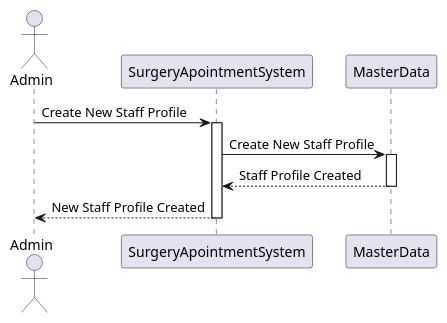
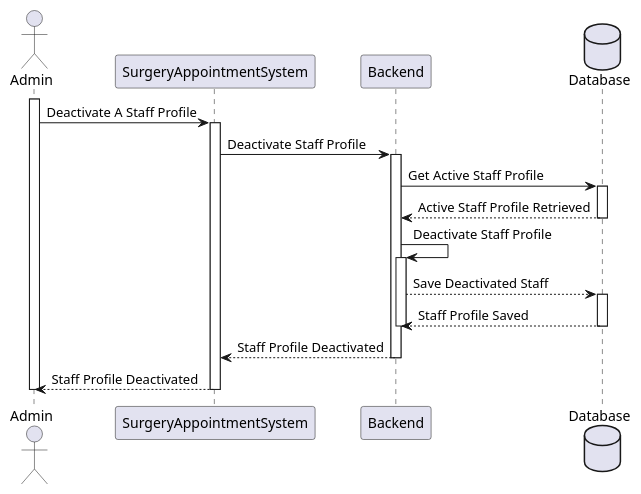
The diagram in docs/Sprint 1/US 5.1.14/SequenceDiagram/Level2/SequenceDiagram.puml (MateusCabral2004/sem5pi), drawn with PlantUML before and after one commit. The commit also changed 2 other files, not shown here.

Commit message:
#14 SequenceDiagram Level1,2,3

```diff
--- a/docs/Sprint 1/US 5.1.14/SequenceDiagram/Level2/SequenceDiagram.puml
+++ b/docs/Sprint 1/US 5.1.14/SequenceDiagram/Level2/SequenceDiagram.puml
@@ -1,19 +1,39 @@
 @startuml
 actor Admin
-participant SurgeryApointmentSystem
-participant MasterData
+participant SurgeryAppointmentSystem
+participant Backend
+database Database
 
+activate Admin
 
-Admin -> SurgeryApointmentSystem : Create New Staff Profile
-activate SurgeryApointmentSystem
+Admin -> SurgeryAppointmentSystem : Deactivate A Staff Profile
+activate SurgeryAppointmentSystem
 
-SurgeryApointmentSystem -> MasterData : Create New Staff Profile
-activate MasterData
+SurgeryAppointmentSystem -> Backend : Deactivate Staff Profile
+activate Backend
 
-MasterData --> SurgeryApointmentSystem : Staff Profile Created
-deactivate MasterData
+Backend -> Database : Get Active Staff Profile
+activate Database
 
-SurgeryApointmentSystem --> Admin : New Staff Profile Created
-deactivate SurgeryApointmentSystem
+Database --> Backend : Active Staff Profile Retrieved
+deactivate Database
+
+Backend -> Backend : Deactivate Staff Profile
+activate Backend
+
+Backend --> Database : Save Deactivated Staff
+activate Database
+
+Database --> Backend : Staff Profile Saved
+deactivate Database
+deactivate Backend
+
+Backend --> SurgeryAppointmentSystem : Staff Profile Deactivated
+deactivate Backend
+
+SurgeryAppointmentSystem --> Admin : Staff Profile Deactivated
+deactivate SurgeryAppointmentSystem
+
+deactivate Admin
 
 @enduml
```
